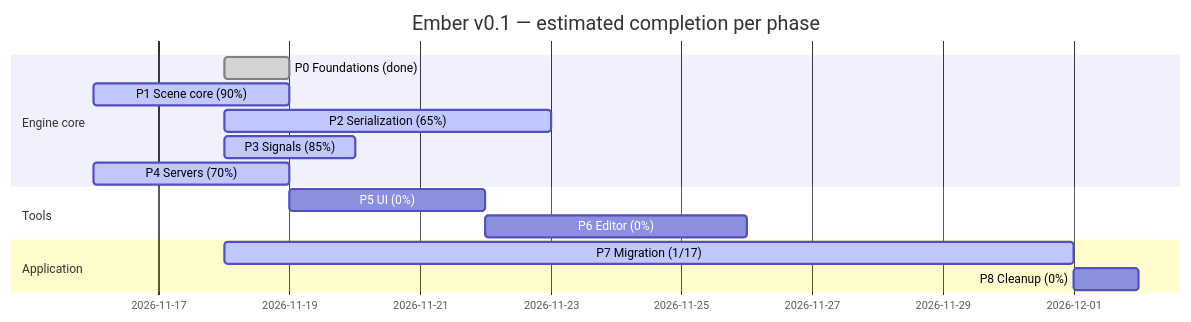
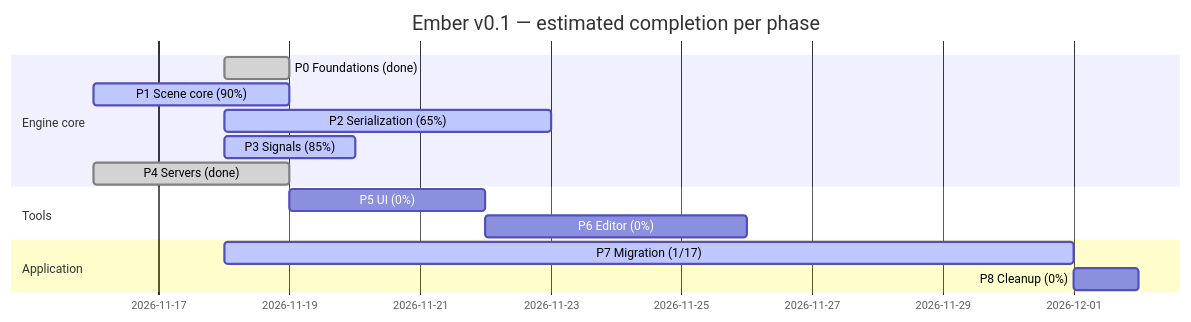
Before and after one commit to titouanthd/ember: the diagram in ember-vault/60 Progress/Roadmap Tracker.md, drawn with Mermaid. The commit also changed other lines of this file and 13 other files, not shown here.

````diff
--- a/ember-vault/60 Progress/Roadmap Tracker.md
+++ b/ember-vault/60 Progress/Roadmap Tracker.md
@@ -11,17 +11,17 @@
 ```mermaid
 gantt
   dateFormat YYYY-MM-DD
   title Ember v0.1 — estimated completion per phase
   section Engine core
   P0 Foundations (done)  :done, p0, 2026-11-18, 1d
   P1 Scene core (90%)    :active, p1, 2026-11-16, 3d
   P2 Serialization (65%) :active, p2, 2026-11-18, 5d
   P3 Signals (85%)       :active, p3, 2026-11-18, 2d
-  P4 Servers (70%)       :active, p4, 2026-11-16, 3d
+  P4 Servers (done)      :done, p4, 2026-11-16, 3d
   section Tools
   P5 UI (0%)             :p5, after p4, 3d
   P6 Editor (0%)         :p6, after p5, 4d
   section Application
   P7 Migration (1/17)    :active, p7, 2026-11-18, 13d
   P8 Cleanup (0%)        :p8, after p7, 1d
 ```
````
